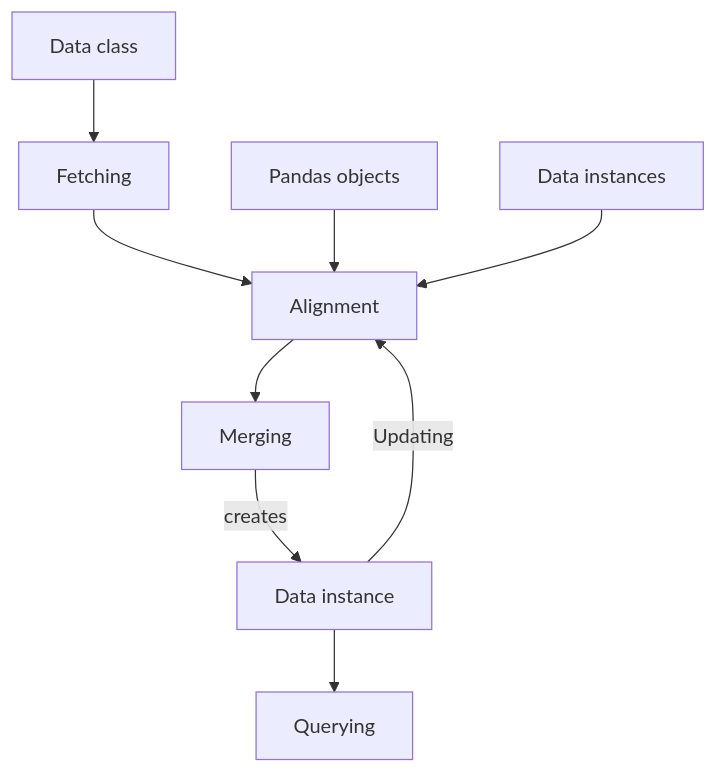
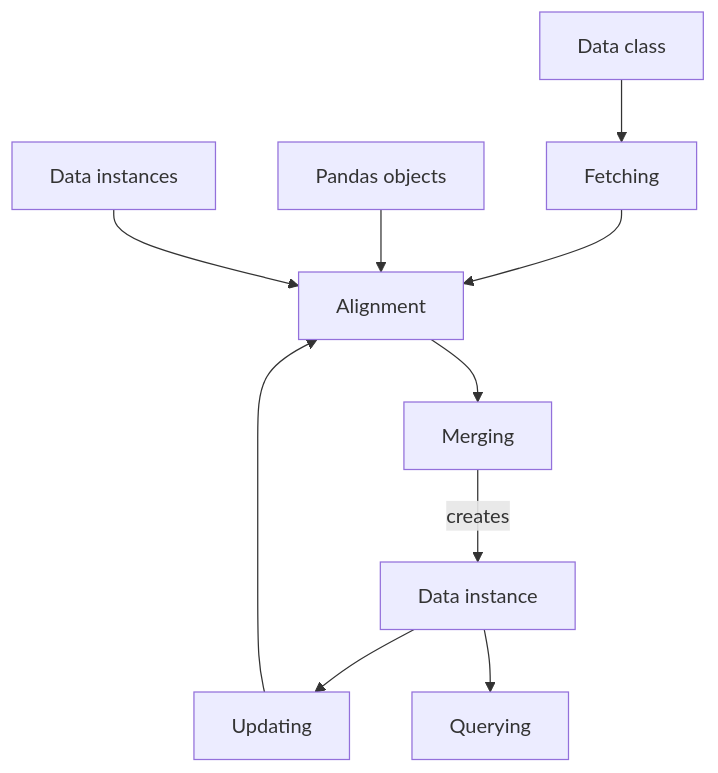
One commit to IgorDrgonec/VectorBT-Flask changed the diagram in docs/docs/documentation/data/index.md. Above: the diagram before and after it, drawn with Mermaid. The commit also changed other lines of this file and 16 other files, not shown here.

````diff
--- a/docs/docs/documentation/data/index.md
+++ b/docs/docs/documentation/data/index.md
@@ -21,20 +21,22 @@
 ```mermaid
 flowchart TD;
-    id1["Fetching"]
-    id2["Alignment"]
-    id3["Merging"]
-    id4["Pandas objects"]
-    id5["Data instances"]
-    id6["Querying"]
+    id1["Data class"]
+    id2["Fetching"]
+    id3["Pandas objects"]
+    id4["Data instances"]
+    id5["Alignment"]
+    id6["Merging"]
     id7["Data instance"]
-    id8["Data class"]
+    id8["Updating"]
+    id9["Querying"]
     
-    id8 --> id1;
     id1 --> id2;
-    id4 --> id2;
-    id5 --> id2;
-    id2 --> id3;
-    id3 -->|"creates"| id7;
-    id7 --> id6;
-    id7 -->|"Updating"| id2;
+    id2 --> id5;
+    id3 --> id5;
+    id4 --> id5;
+    id5 --> id6;
+    id6 -->|"creates"| id7;
+    id7 --> id8;
+    id8 --> id5;
+    id7 --> id9;
 ```
````
